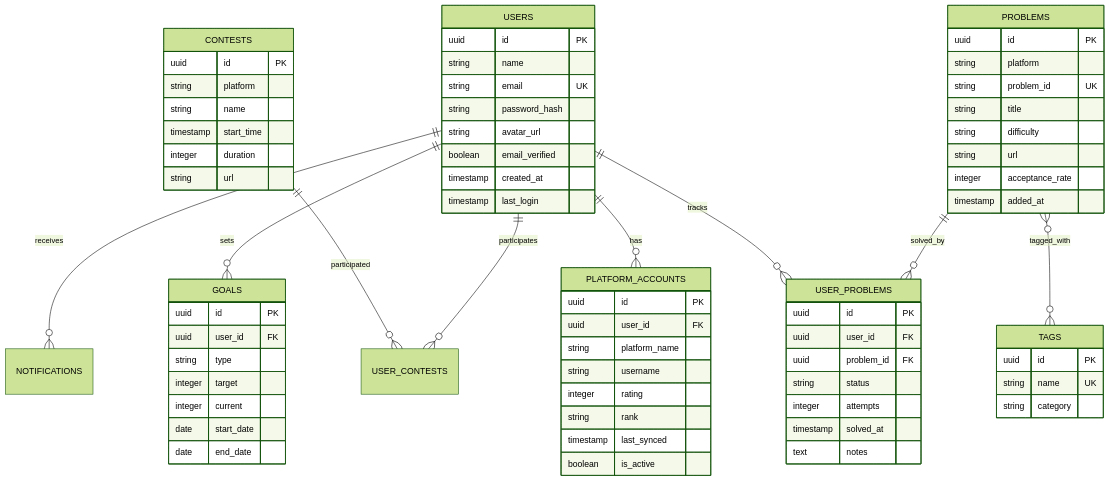
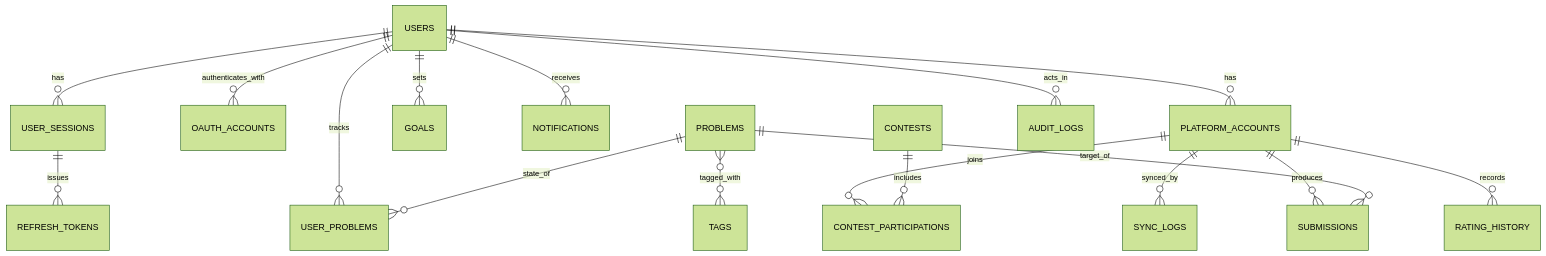
One commit to ishendrarai/CodeONE changed the third of 3 diagrams in README.md. Above: the diagram before and after it, drawn with Mermaid (forest theme). The commit also changed other lines of this file, not shown here.

First line of the commit message:
docs: overhaul README and clarify project status

````diff
--- a/README.md
+++ b/README.md
@@ -451,79 +584,19 @@
 ```mermaid
 erDiagram
-    USERS ||--o{ PLATFORM_ACCOUNTS : "has"
-    USERS ||--o{ USER_PROBLEMS : "tracks"
-    USERS ||--o{ GOALS : "sets"
-    USERS ||--o{ NOTIFICATIONS : "receives"
-    PROBLEMS ||--o{ USER_PROBLEMS : "solved_by"
-    PROBLEMS }o--o{ TAGS : "tagged_with"
-    CONTESTS ||--o{ USER_CONTESTS : "participated"
-    USERS ||--o{ USER_CONTESTS : "participates"
-    
-    USERS {
-        uuid id PK
-        string name
-        string email UK
-        string password_hash
-        string avatar_url
-        boolean email_verified
-        timestamp created_at
-        timestamp last_login
-    }
-    
-    PLATFORM_ACCOUNTS {
-        uuid id PK
-        uuid user_id FK
-        string platform_name
-        string username
-        integer rating
-        string rank
-        timestamp last_synced
-        boolean is_active
-    }
-    
-    PROBLEMS {
-        uuid id PK
-        string platform
-        string problem_id UK
-        string title
-        string difficulty
-        string url
-        integer acceptance_rate
-        timestamp added_at
-    }
-    
-    USER_PROBLEMS {
-        uuid id PK
-        uuid user_id FK
-        uuid problem_id FK
-        string status
-        integer attempts
-        timestamp solved_at
-        text notes
-    }
-    
-    TAGS {
-        uuid id PK
-        string name UK
-        string category
-    }
-    
-    GOALS {
-        uuid id PK
-        uuid user_id FK
-        string type
-        integer target
-        integer current
-        date start_date
-        date end_date
-    }
-    
-    CONTESTS {
-        uuid id PK
-        string platform
-        string name
-        timestamp start_time
-        integer duration
-        string url
-    }
+    USERS ||--o{ PLATFORM_ACCOUNTS : has
+    USERS ||--o{ OAUTH_ACCOUNTS : authenticates_with
+    USERS ||--o{ USER_SESSIONS : has
+    USER_SESSIONS ||--o{ REFRESH_TOKENS : issues
+    USERS ||--o{ USER_PROBLEMS : tracks
+    USERS ||--o{ GOALS : sets
+    USERS ||--o{ NOTIFICATIONS : receives
+    PLATFORM_ACCOUNTS ||--o{ SUBMISSIONS : produces
+    PLATFORM_ACCOUNTS ||--o{ RATING_HISTORY : records
+    PLATFORM_ACCOUNTS ||--o{ CONTEST_PARTICIPATIONS : joins
+    PLATFORM_ACCOUNTS ||--o{ SYNC_LOGS : synced_by
+    CONTESTS ||--o{ CONTEST_PARTICIPATIONS : includes
+    PROBLEMS ||--o{ USER_PROBLEMS : state_of
+    PROBLEMS ||--o{ SUBMISSIONS : target_of
+    PROBLEMS }o--o{ TAGS : tagged_with
+    USERS ||--o{ AUDIT_LOGS : acts_in
 ```
````
